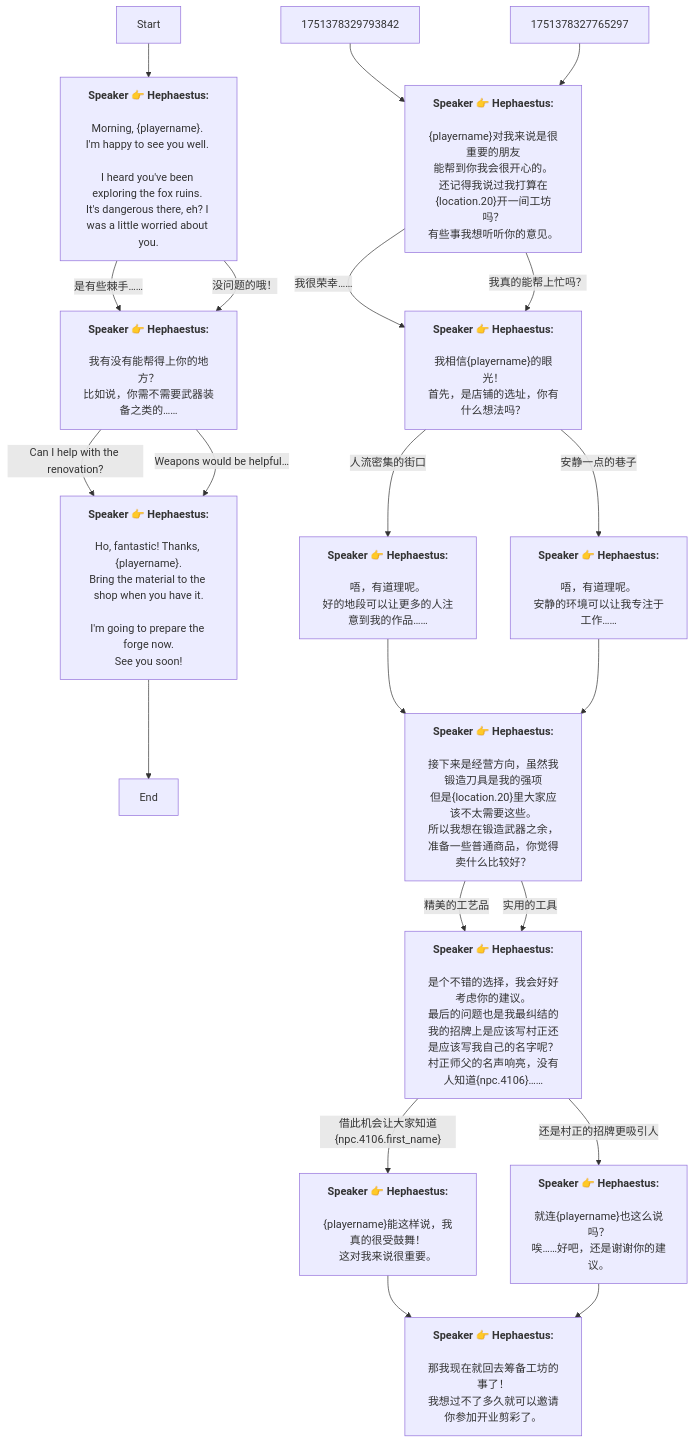
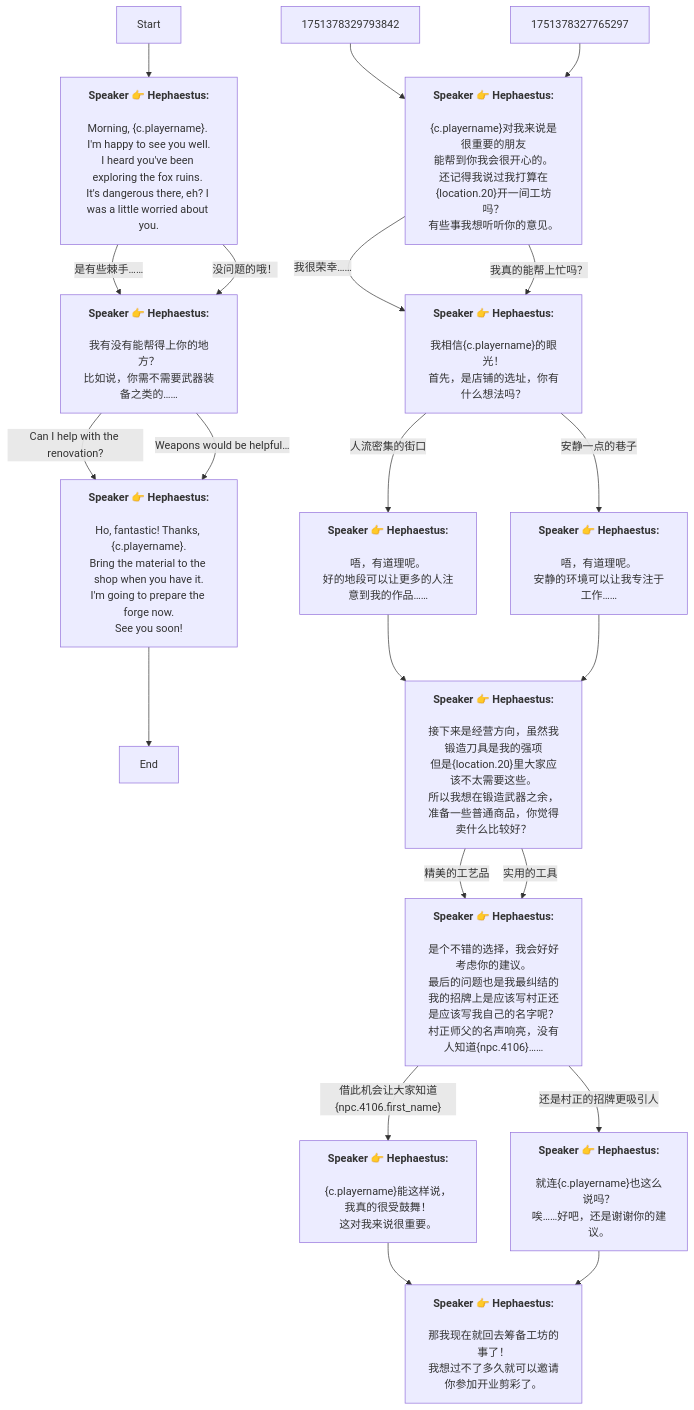
The diagram in Zh/QuestStartTalkENode_1751372301812003.md (SoftHu/tos_avg), drawn with Mermaid before and after one commit. The commit also changed 410 other files, not shown here.

````diff
--- a/Zh/QuestStartTalkENode_1751372301812003.md
+++ b/Zh/QuestStartTalkENode_1751372301812003.md
@@ -1,75 +1,69 @@
 ```mermaid
 graph
 Start -->1751377615148325[<b>Speaker 👉 Hephaestus:</b>
-\nMorning, &lbrace;playername&rbrace;. 
-I'm happy to see you well. 
-\nI heard you've been exploring the fox ruins. 
-It's dangerous there, eh? I was a little worried about you. 
-]
+\nMorning, &lbrace;c.playername&rbrace;. 
+I'm happy to see you well.\nI heard you've been exploring the fox ruins. 
+It's dangerous there, eh? I was a little worried about you.]
 1751377615148325 -->|是有些棘手……|1751378039158059[<b>Speaker 👉 Hephaestus:</b>
 \n我有没有能帮得上你的地方？
 比如说，你需不需要武器装备之类的……]
 1751377615148325 -->|没问题的哦！|1751378039158059[<b>Speaker 👉 Hephaestus:</b>
 \n我有没有能帮得上你的地方？
 比如说，你需不需要武器装备之类的……]
-1751378039158059 -->| Can I help with the renovation? |1771882614715479[<b>Speaker 👉 Hephaestus:</b>
-\nHo, fantastic! Thanks, &lbrace;playername&rbrace;.
-Bring the material to the shop when you have it.
-\nI'm going to prepare the forge now.
-See you soon!
-]
-1751378039158059 -->|Weapons would be helpful… |1771882614715479[<b>Speaker 👉 Hephaestus:</b>
-\nHo, fantastic! Thanks, &lbrace;playername&rbrace;.
-Bring the material to the shop when you have it.
-\nI'm going to prepare the forge now.
-See you soon!
-]
+1751378039158059 -->| Can I help with the renovation?|1771882614715479[<b>Speaker 👉 Hephaestus:</b>
+\nHo, fantastic! Thanks, &lbrace;c.playername&rbrace;.
+Bring the material to the shop when you have it.\nI'm going to prepare the forge now.
+See you soon!]
+1751378039158059 -->|Weapons would be helpful…|1771882614715479[<b>Speaker 👉 Hephaestus:</b>
+\nHo, fantastic! Thanks, &lbrace;c.playername&rbrace;.
+Bring the material to the shop when you have it.\nI'm going to prepare the forge now.
+See you soon!]
 1771882614715479 -->1751444812541539[End]
 1751378329793842 -->1751442595199554[<b>Speaker 👉 Hephaestus:</b>
-\n&lbrace;playername&rbrace;对我来说是很重要的朋友
+\n&lbrace;c.playername&rbrace;对我来说是很重要的朋友
 能帮到你我会很开心的。\n还记得我说过我打算在&lbrace;location.20&rbrace;开一间工坊吗？
 有些事我想听听你的意见。]
 1751442595199554 -->|我很荣幸……|1751442854535753[<b>Speaker 👉 Hephaestus:</b>
-\n我相信&lbrace;playername&rbrace;的眼光！\n首先，是店铺的选址，你有什么想法吗？]
+\n我相信&lbrace;c.playername&rbrace;的眼光！\n首先，是店铺的选址，你有什么想法吗？]
 1751442595199554 -->|我真的能帮上忙吗？|1751442854535753[<b>Speaker 👉 Hephaestus:</b>
-\n我相信&lbrace;playername&rbrace;的眼光！\n首先，是店铺的选址，你有什么想法吗？]
+\n我相信&lbrace;c.playername&rbrace;的眼光！\n首先，是店铺的选址，你有什么想法吗？]
 1751442854535753 -->|人流密集的街口|1751443330296399[<b>Speaker 👉 Hephaestus:</b>
 \n唔，有道理呢。
 好的地段可以让更多的人注意到我的作品……]
 1751442854535753 -->|安静一点的巷子|1751443333373520[<b>Speaker 👉 Hephaestus:</b>
 \n唔，有道理呢。
 安静的环境可以让我专注于工作……]
 1751443330296399 -->1751443519333969[<b>Speaker 👉 Hephaestus:</b>
 \n接下来是经营方向，虽然我锻造刀具是我的强项
 但是&lbrace;location.20&rbrace;里大家应该不太需要这些。
 所以我想在锻造武器之余，准备一些普通商品，你觉得卖什么比较好？]
 1751443519333969 -->|精美的工艺品|1751444020978263[<b>Speaker 👉 Hephaestus:</b>
 \n是个不错的选择，我会好好考虑你的建议。\n最后的问题也是我最纠结的
 我的招牌上是应该写村正还是应该写我自己的名字呢？
 村正师父的名声响亮，没有人知道&lbrace;npc.4106&rbrace;……]
 1751443519333969 -->|实用的工具|1751444020978263[<b>Speaker 👉 Hephaestus:</b>
 \n是个不错的选择，我会好好考虑你的建议。\n最后的问题也是我最纠结的
 我的招牌上是应该写村正还是应该写我自己的名字呢？
 村正师父的名声响亮，没有人知道&lbrace;npc.4106&rbrace;……]
 1751444020978263 -->|借此机会让大家知道&lbrace;npc.4106.first_name&rbrace;|1751444367376992[<b>Speaker 👉 Hephaestus:</b>
-\n&lbrace;playername&rbrace;能这样说，我真的很受鼓舞！
+\n&lbrace;c.playername&rbrace;能这样说，我真的很受鼓舞！
 这对我来说很重要。]
 1751444020978263 -->|还是村正的招牌更吸引人|1751444372518497[<b>Speaker 👉 Hephaestus:</b>
-\n就连&lbrace;playername&rbrace;也这么说吗？
+\n就连&lbrace;c.playername&rbrace;也这么说吗？
 唉……好吧，还是谢谢你的建议。]
 1751444367376992 -->1751444603660898[<b>Speaker 👉 Hephaestus:</b>
 \n那我现在就回去筹备工坊的事了！
 我想过不了多久就可以邀请你参加开业剪彩了。]
 1751444372518497 -->1751444603660898[<b>Speaker 👉 Hephaestus:</b>
 \n那我现在就回去筹备工坊的事了！
 我想过不了多久就可以邀请你参加开业剪彩了。]
 1751443333373520 -->1751443519333969[<b>Speaker 👉 Hephaestus:</b>
 \n接下来是经营方向，虽然我锻造刀具是我的强项
 但是&lbrace;location.20&rbrace;里大家应该不太需要这些。
 所以我想在锻造武器之余，准备一些普通商品，你觉得卖什么比较好？]
 1751378327765297 -->1751442595199554[<b>Speaker 👉 Hephaestus:</b>
-\n&lbrace;playername&rbrace;对我来说是很重要的朋友
+\n&lbrace;c.playername&rbrace;对我来说是很重要的朋友
 能帮到你我会很开心的。\n还记得我说过我打算在&lbrace;location.20&rbrace;开一间工坊吗？
 有些事我想听听你的意见。]
 
 ```
````
